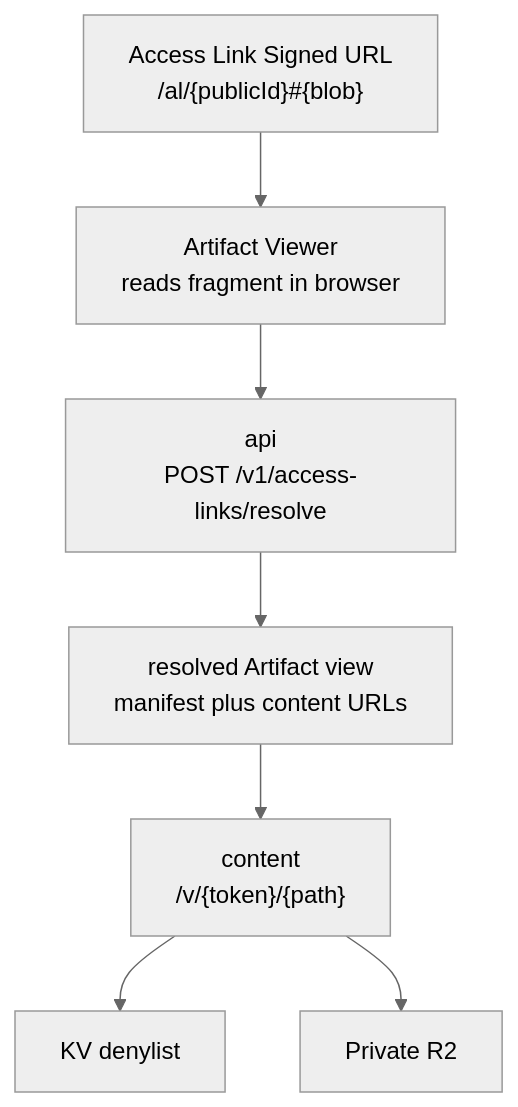
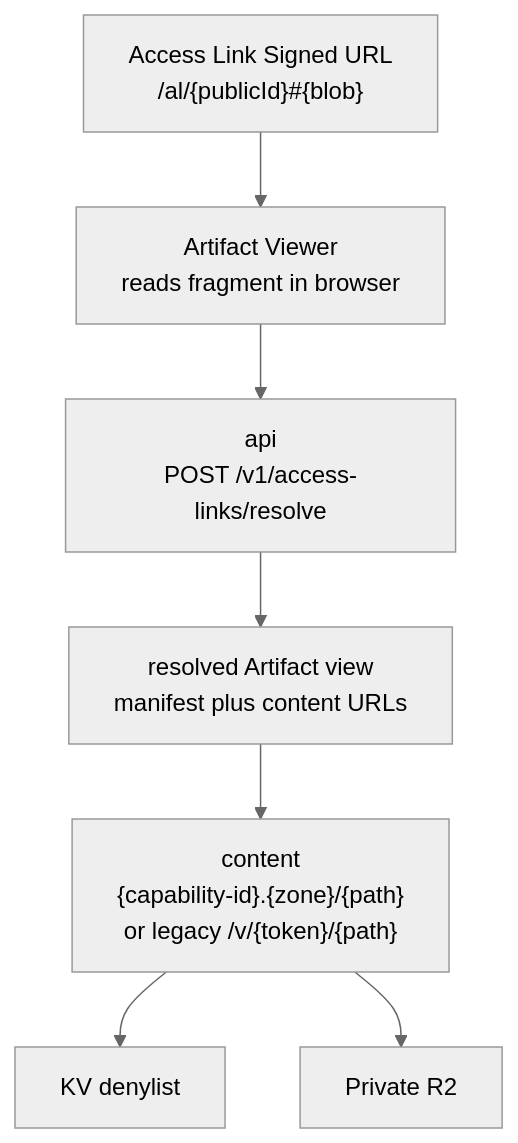
Before and after one commit to zaks-io/agent-paste: the third of 5 diagrams in docs/specs/architecture.md, drawn with Mermaid (neutral theme). The commit also changed other lines of this file and 18 other files, not shown here.

Commit message:
feat(content): add capability-scoped directory origins

````diff
--- a/docs/specs/architecture.md
+++ b/docs/specs/architecture.md
@@ -135,17 +136,17 @@
 ```mermaid
 flowchart TD
   link["Access Link Signed URL<br/>/al/{publicId}#{blob}"]
   viewer["Artifact Viewer<br/>reads fragment in browser"]
   resolve["api<br/>POST /v1/access-links/resolve"]
   manifest["resolved Artifact view<br/>manifest plus content URLs"]
-  content["content<br/>/v/{token}/{path}"]
+  content["content<br/>{capability-id}.{zone}/{path}<br/>or legacy /v/{token}/{path}"]
   r2["Private R2"]
   kv["KV denylist"]
 
   link --> viewer
   viewer --> resolve
   resolve --> manifest
   manifest --> content
   content --> kv
   content --> r2
 ```
````
